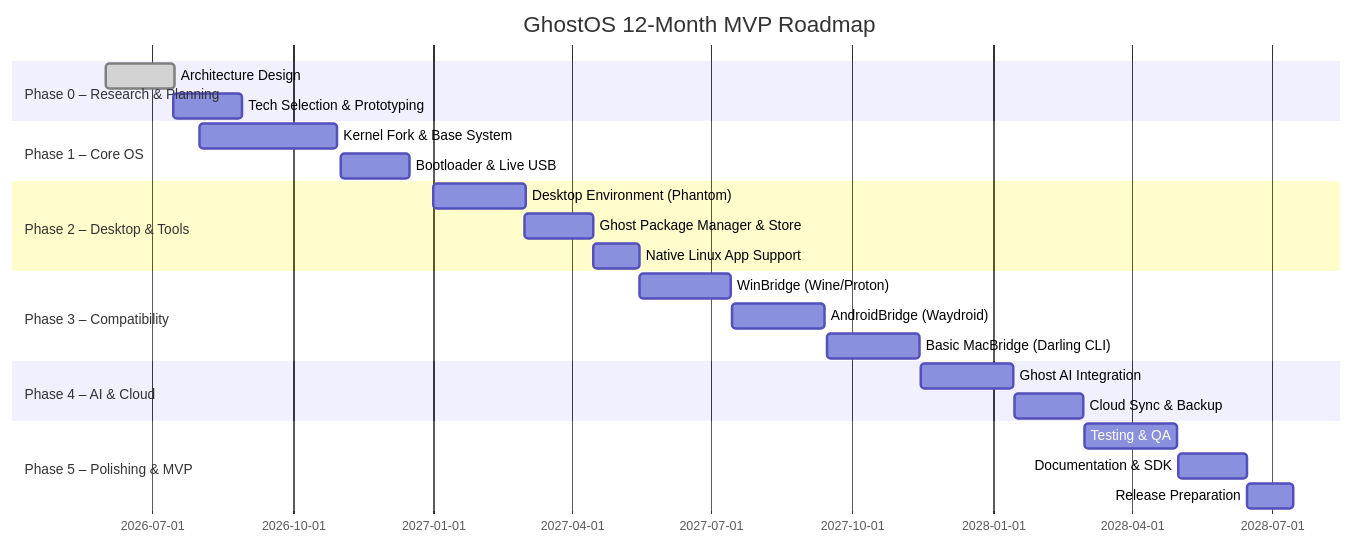
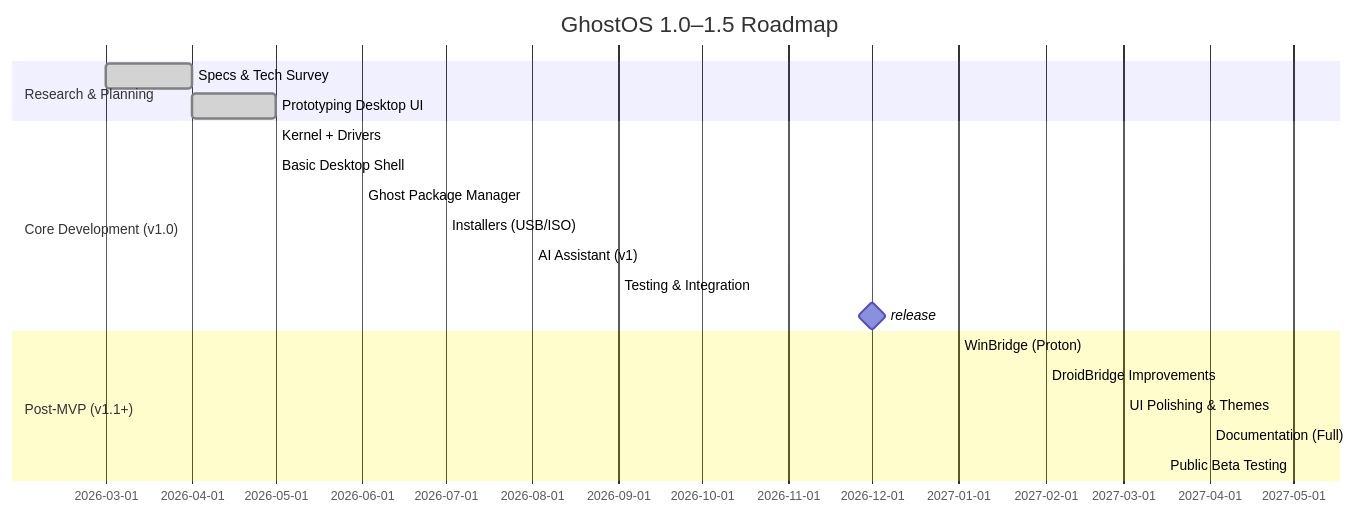
One commit to laravelgpt/ghostos changed the second of 2 diagrams in README.md. Above: the diagram before and after it, drawn with Mermaid. The commit also changed other lines of this file, not shown here.

````diff
--- a/README.md
+++ b/README.md
@@ -256,26 +240,22 @@
 ```mermaid
 gantt
-    title GhostOS 12-Month MVP Roadmap
-    dateFormat  YYYY-MM-DD
-    section Phase 0 – Research & Planning
-    Architecture Design       :done, 2026-06-01, 45d
-    Tech Selection & Prototyping :2026-07-15, 45d
-    section Phase 1 – Core OS
-    Kernel Fork & Base System :2026-08-01, 90d
-    Bootloader & Live USB      :2026-11-01, 45d
-    section Phase 2 – Desktop & Tools
-    Desktop Environment (Phantom) :2027-01-01, 60d
-    Ghost Package Manager & Store  :2027-03-01, 45d
-    Native Linux App Support     :2027-04-15, 30d
-    section Phase 3 – Compatibility
-    WinBridge (Wine/Proton)      :2027-05-15, 60d
-    AndroidBridge (Waydroid)     :2027-07-15, 60d
-    Basic MacBridge (Darling CLI) :2027-09-15, 60d
-    section Phase 4 – AI & Cloud
-    Ghost AI Integration         :2027-11-15, 60d
-    Cloud Sync & Backup          :2028-01-15, 45d
-    section Phase 5 – Polishing & MVP
-    Testing & QA                 :2028-03-01, 60d
-    Documentation & SDK         :2028-05-01, 45d
-    Release Preparation          :2028-06-15, 30d
+    title GhostOS 1.0–1.5 Roadmap
+    dateFormat  YYYY-MM
+    section Research & Planning
+    Specs & Tech Survey      :done,    res, 2026-03, 2026-04
+    Prototyping Desktop UI   :done,    res2,2026-04, 2026-05
+    section Core Development (v1.0)
+    Kernel + Drivers        :active,  core,2026-05, 4m
+    Basic Desktop Shell      :         core2,2026-05, 4m
+    Ghost Package Manager    :         core3,2026-06, 3m
+    Installers (USB/ISO)     :         core4,2026-07, 3m
+    AI Assistant (v1)        :         ai1,  2026-08, 3m
+    Testing & Integration    :         test,2026-09, 3m
+    release                  :milestone, res1, 2026-12, 0m
+    section Post-MVP (v1.1+)
+    WinBridge (Proton)       :         winb,2027-01, 3m
+    DroidBridge Improvements :         droid,2027-02, 2m
+    UI Polishing & Themes    :         ui2,   2027-03, 2m
+    Documentation (Full)     :         docs, 2027-04, 1m
+    Public Beta Testing      :         beta, 2027-05, 2m
 ```
````
